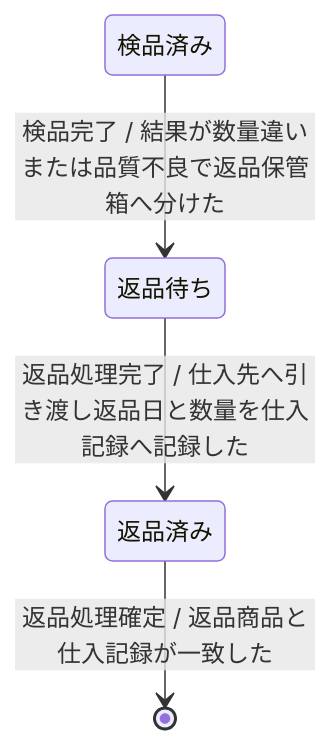
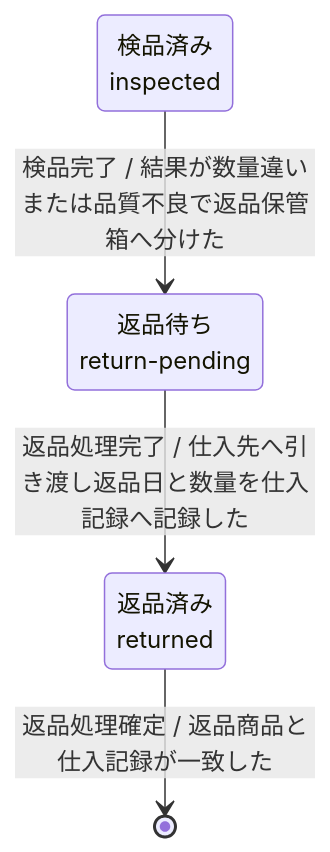
The second of 2 diagrams in docs/ja/specdojo/samples/stsd-sample.md (specdojo/specdojo), drawn with Mermaid before and after one commit. The commit also changed other lines of this file and 4 other files, not shown here.

Commit message:
exec(register PJR-SWRE): stsd-sample を新しい冒頭の章立てと図の表示名に合わせる

````diff
--- a/docs/ja/specdojo/samples/stsd-sample.md
+++ b/docs/ja/specdojo/samples/stsd-sample.md
@@ -54,9 +59,9 @@
 ```mermaid
 stateDiagram-v2
-  state "検品済み" as inspected
-  state "返品待ち" as return_pending
-  state "返品済み" as returned
+  state "検品済み<br>inspected" as inspected
+  state "返品待ち<br>return-pending" as return_pending
+  state "返品済み<br>returned" as returned
   inspected --> return_pending : 検品完了 / 結果が数量違いまたは品質不良で返品保管箱へ分けた
   return_pending --> returned : 返品処理完了 / 仕入先へ引き渡し返品日と数量を仕入記録へ記録した
   returned --> [*] : 返品処理確定 / 返品商品と仕入記録が一致した
 ```
````
